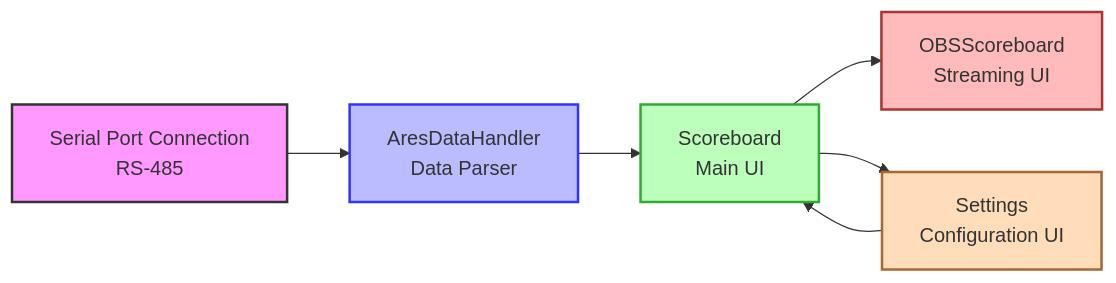
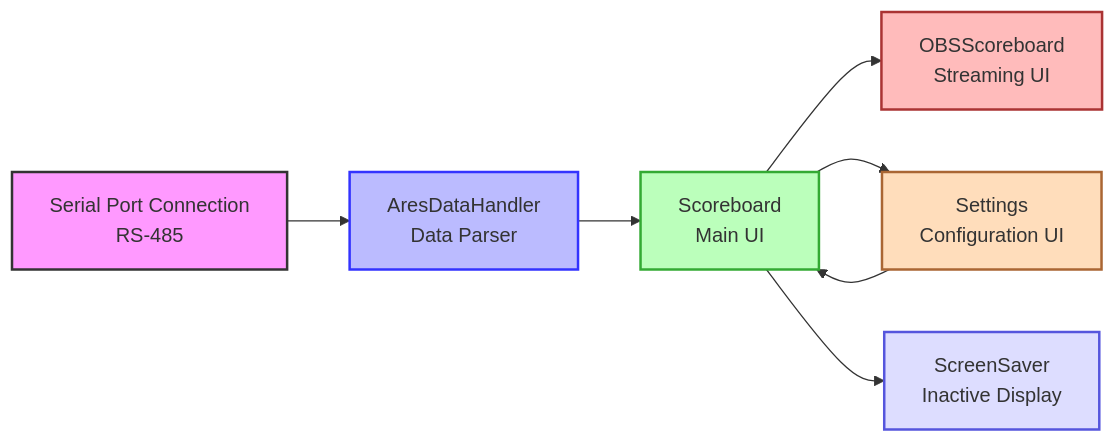
One commit to fvishram/SRAYSScoreboard changed the first of 2 diagrams in docs/ARCHITECTURE.md. Above: the diagram before and after it, drawn with Mermaid. The commit also changed other lines of this file and 9 other files, not shown here.

First line of the commit message:
Add screen saver functionality with visibility enhancements

````diff
--- a/docs/ARCHITECTURE.md
+++ b/docs/ARCHITECTURE.md
@@ -9,19 +9,22 @@
 ```mermaid
 flowchart LR
     A["Serial Port Connection
     RS-485"] --> B["AresDataHandler
     Data Parser"]
     B --> C["Scoreboard
     Main UI"]
     C --> D["OBSScoreboard
     Streaming UI"]
     C --> E["Settings
     Configuration UI"]
     E --> C
+    C --> F["ScreenSaver
+    Inactive Display"]
     
     style A fill:#f9f,stroke:#333,stroke-width:2px
     style B fill:#bbf,stroke:#33f,stroke-width:2px
     style C fill:#bfb,stroke:#3a3,stroke-width:2px
     style D fill:#fbb,stroke:#a33,stroke-width:2px
     style E fill:#fdb,stroke:#a63,stroke-width:2px
+    style F fill:#ddf,stroke:#55d,stroke-width:2px
 ```
````
